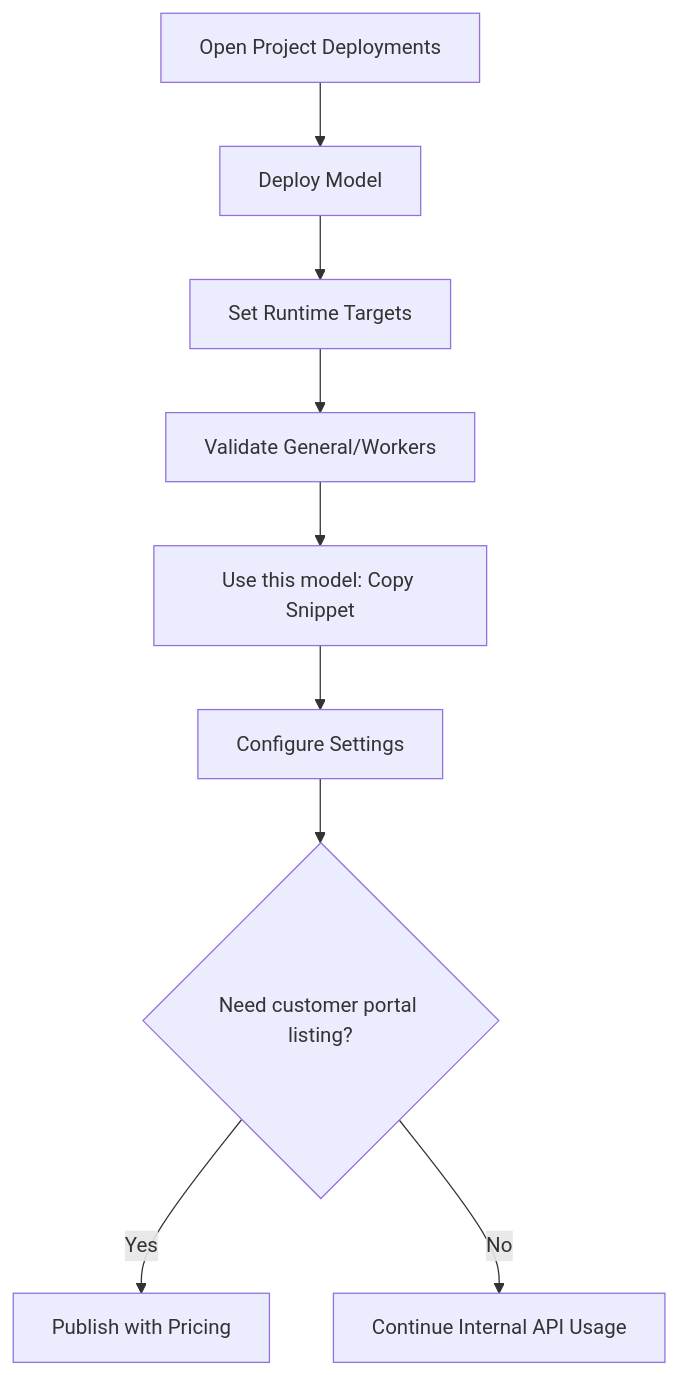
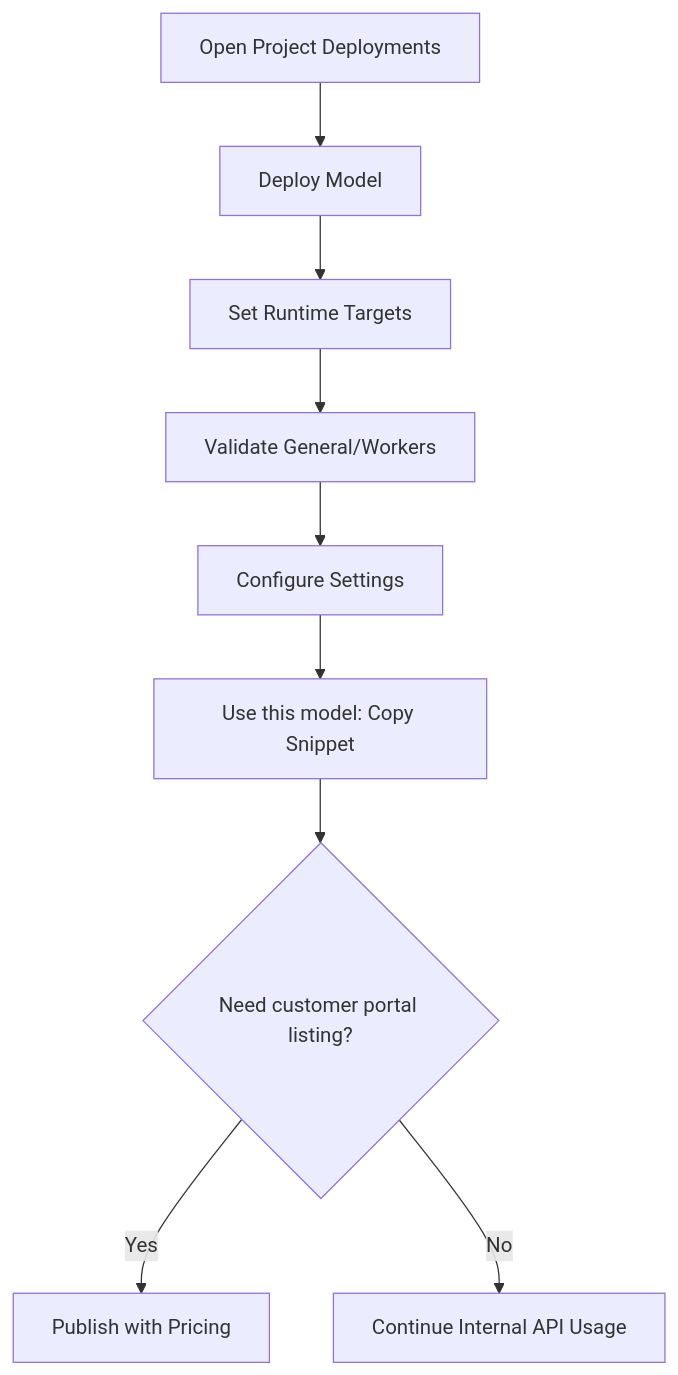
Before and after one commit to BudEcosystem/bud-runtime: the diagram in docs/deployments/creating-first-deployment.mdx, drawn with Mermaid.

Commit message:
Reorder steps in creating first deployment guide

````diff
--- a/docs/deployments/creating-first-deployment.mdx
+++ b/docs/deployments/creating-first-deployment.mdx
@@ -66,11 +66,11 @@
 ```mermaid
 flowchart TD
     A[Open Project Deployments] --> B[Deploy Model]
     B --> C[Set Runtime Targets]
     C --> D[Validate General/Workers]
-    D --> E[Use this model: Copy Snippet]
-    E --> F[Configure Settings]
+    D --> E[Configure Settings]
+    E --> F[Use this model: Copy Snippet]
     F --> G{Need customer portal listing?}
     G -->|Yes| H[Publish with Pricing]
     G -->|No| I[Continue Internal API Usage]
 ```
````
